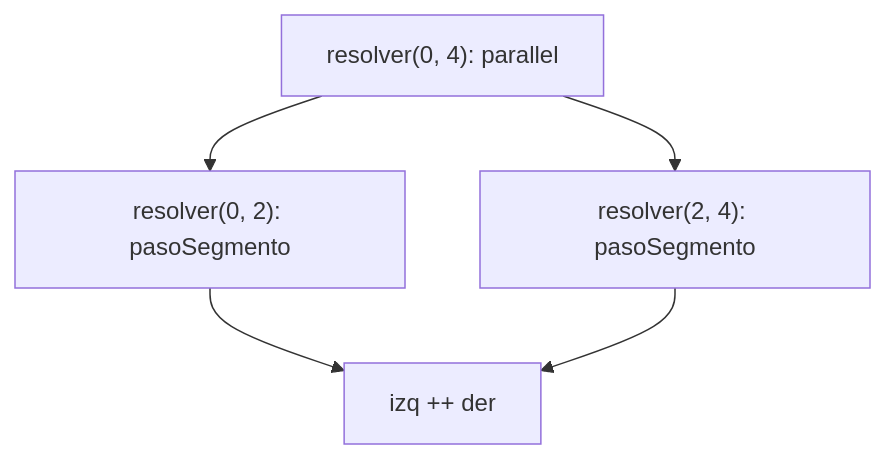
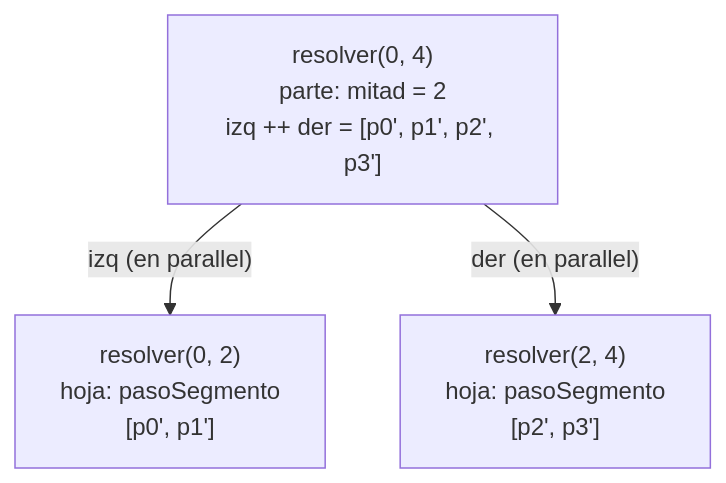
The first of 6 diagrams in docs/proceso.md (Sgv-star/pfc-taller-4-simulacion-particulas), drawn with Mermaid before and after one commit. The commit also changed other lines of this file and 1 other file, not shown here.

````diff
--- a/docs/proceso.md
+++ b/docs/proceso.md
@@ -170,7 +174,8 @@
 ```mermaid
 graph TD
-    A["resolver(0, 4): parallel"] --> B["resolver(0, 2): pasoSegmento"]
-    A --> C["resolver(2, 4): pasoSegmento"]
-    B --> D["izq ++ der"]
-    C --> D
+    A["resolver(0, 4)<br/>parte: mitad = 2<br/>izq ++ der = [p0', p1', p2', p3']"]
+    B["resolver(0, 2)<br/>hoja: pasoSegmento<br/>[p0', p1']"]
+    C["resolver(2, 4)<br/>hoja: pasoSegmento<br/>[p2', p3']"]
+    A -->|"izq (en parallel)"| B
+    A -->|"der (en parallel)"| C
 ```
````
